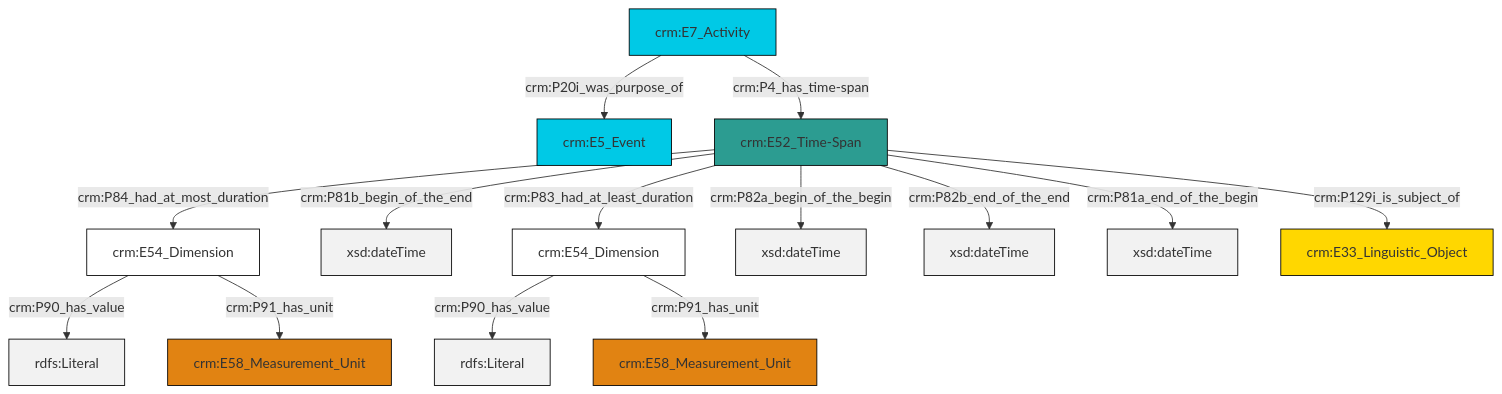
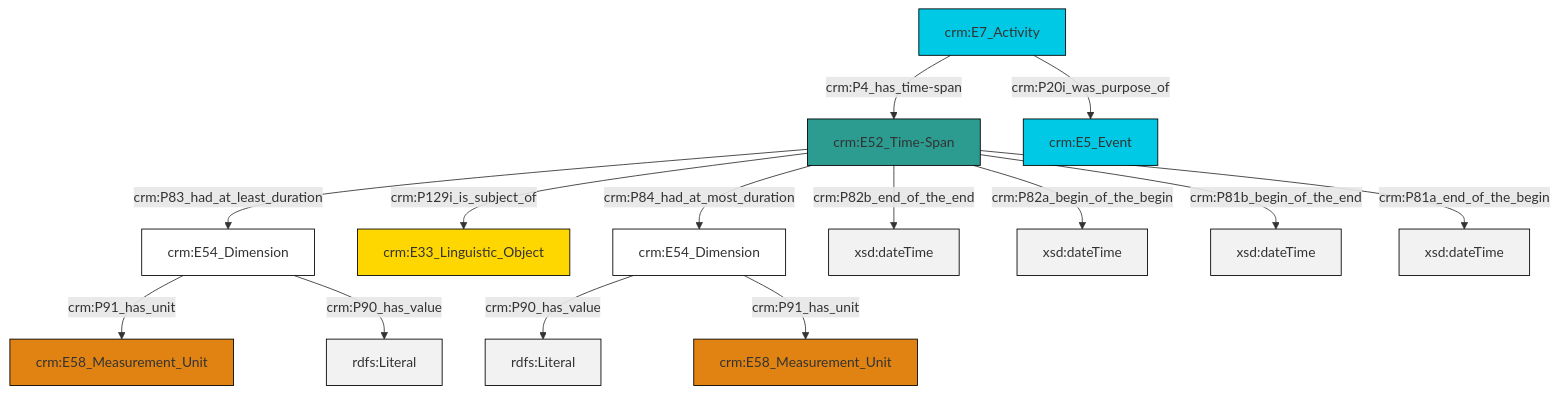
Before and after one commit to swiss-art-research-net/reference-data-models: the diagram in et/eventCSV/ttl/mmd/event_existence.ttl.mmd, drawn with Mermaid. The commit also changed 128 other files, not shown here.

```diff
--- a/et/eventCSV/ttl/mmd/event_existence.ttl.mmd
+++ b/et/eventCSV/ttl/mmd/event_existence.ttl.mmd
@@ -1,28 +1,28 @@
 graph TD
 classDef Literal fill:#f2f2f2,stroke:#000000;
 classDef CRM_Entity fill:#FFFFFF,stroke:#000000;
 classDef Temporal_Entity fill:#00C9E6, stroke:#000000;
 classDef Type fill:#E18312, stroke:#000000;
 classDef Time-Span fill:#2C9C91, stroke:#000000;
 classDef Appellation fill:#FFEB7F, stroke:#000000;
 classDef Place fill:#008836, stroke:#000000;
 classDef Persistent_Item fill:#B266B2, stroke:#000000;
 classDef Conceptual_Object fill:#FFD700, stroke:#000000;
 classDef Physical_Thing fill:#D2B48C, stroke:#000000;
 classDef Actor fill:#f58aad, stroke:#000000;
 classDef PC_Classes fill:#4ce600, stroke:#000000;
 classDef Multi fill:#cccccc,stroke:#000000;
 
-2["crm:E7_Activity"]:::Temporal_Entity -->|crm:P20i_was_purpose_of| 3["crm:E5_Event"]:::Temporal_Entity
-4["crm:E52_Time-Span"]:::Time-Span -->|crm:P81b_begin_of_the_end| 5[xsd:dateTime]:::Literal
-4["crm:E52_Time-Span"]:::Time-Span -->|crm:P82a_begin_of_the_begin| 8[xsd:dateTime]:::Literal
-4["crm:E52_Time-Span"]:::Time-Span -->|crm:P84_had_at_most_duration| 6["crm:E54_Dimension"]:::CRM_Entity
-6["crm:E54_Dimension"]:::CRM_Entity -->|crm:P90_has_value| 10[rdfs:Literal]:::Literal
-6["crm:E54_Dimension"]:::CRM_Entity -->|crm:P91_has_unit| 11["crm:E58_Measurement_Unit"]:::Type
-4["crm:E52_Time-Span"]:::Time-Span -->|crm:P82b_end_of_the_end| 12[xsd:dateTime]:::Literal
-2["crm:E7_Activity"]:::Temporal_Entity -->|crm:P4_has_time-span| 4["crm:E52_Time-Span"]:::Time-Span
-0["crm:E54_Dimension"]:::CRM_Entity -->|crm:P90_has_value| 13[rdfs:Literal]:::Literal
-4["crm:E52_Time-Span"]:::Time-Span -->|crm:P83_had_at_least_duration| 0["crm:E54_Dimension"]:::CRM_Entity
-0["crm:E54_Dimension"]:::CRM_Entity -->|crm:P91_has_unit| 14["crm:E58_Measurement_Unit"]:::Type
-4["crm:E52_Time-Span"]:::Time-Span -->|crm:P81a_end_of_the_begin| 15[xsd:dateTime]:::Literal
-4["crm:E52_Time-Span"]:::Time-Span -->|crm:P129i_is_subject_of| 17["crm:E33_Linguistic_Object"]:::Conceptual_Object
+0["crm:E52_Time-Span"]:::Time-Span -->|crm:P83_had_at_least_duration| 1["crm:E54_Dimension"]:::CRM_Entity
+0["crm:E52_Time-Span"]:::Time-Span -->|crm:P129i_is_subject_of| 2["crm:E33_Linguistic_Object"]:::Conceptual_Object
+0["crm:E52_Time-Span"]:::Time-Span -->|crm:P84_had_at_most_duration| 3["crm:E54_Dimension"]:::CRM_Entity
+1["crm:E54_Dimension"]:::CRM_Entity -->|crm:P91_has_unit| 9["crm:E58_Measurement_Unit"]:::Type
+11["crm:E7_Activity"]:::Temporal_Entity -->|crm:P4_has_time-span| 0["crm:E52_Time-Span"]:::Time-Span
+3["crm:E54_Dimension"]:::CRM_Entity -->|crm:P90_has_value| 12[rdfs:Literal]:::Literal
+0["crm:E52_Time-Span"]:::Time-Span -->|crm:P82b_end_of_the_end| 14[xsd:dateTime]:::Literal
+1["crm:E54_Dimension"]:::CRM_Entity -->|crm:P90_has_value| 16[rdfs:Literal]:::Literal
+0["crm:E52_Time-Span"]:::Time-Span -->|crm:P82a_begin_of_the_begin| 17[xsd:dateTime]:::Literal
+0["crm:E52_Time-Span"]:::Time-Span -->|crm:P81b_begin_of_the_end| 18[xsd:dateTime]:::Literal
+11["crm:E7_Activity"]:::Temporal_Entity -->|crm:P20i_was_purpose_of| 7["crm:E5_Event"]:::Temporal_Entity
+3["crm:E54_Dimension"]:::CRM_Entity -->|crm:P91_has_unit| 4["crm:E58_Measurement_Unit"]:::Type
+0["crm:E52_Time-Span"]:::Time-Span -->|crm:P81a_end_of_the_begin| 21[xsd:dateTime]:::Literal
```
